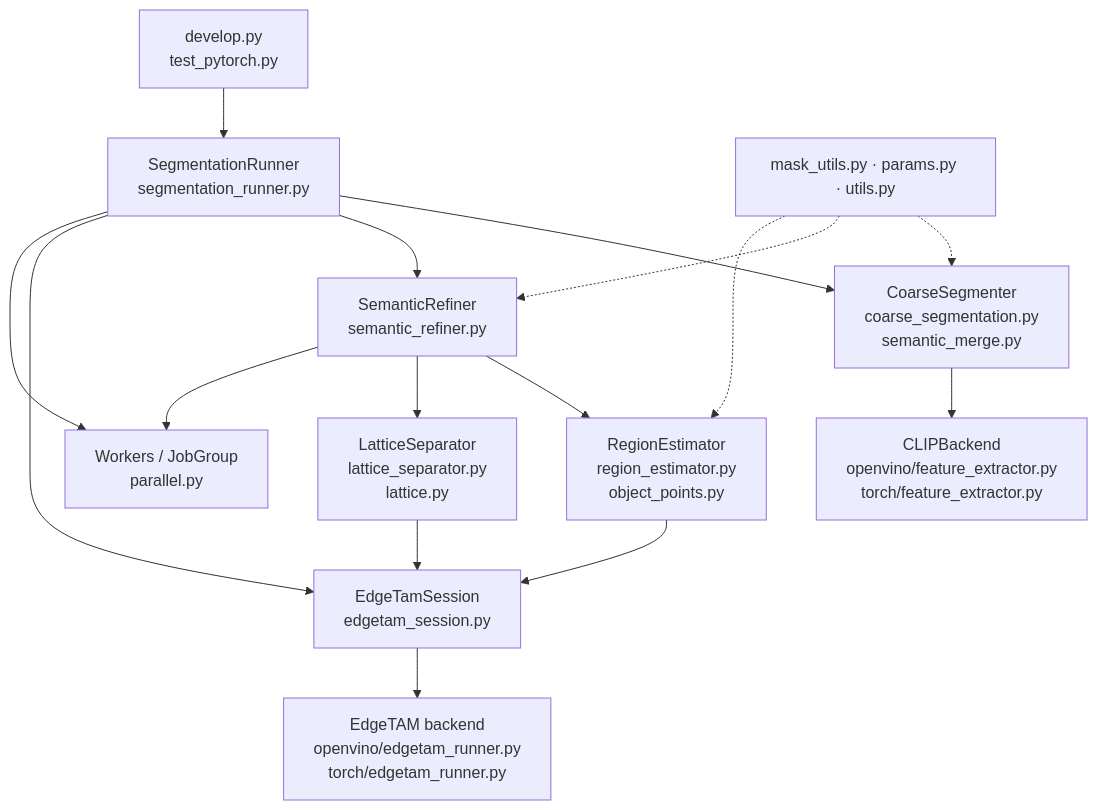
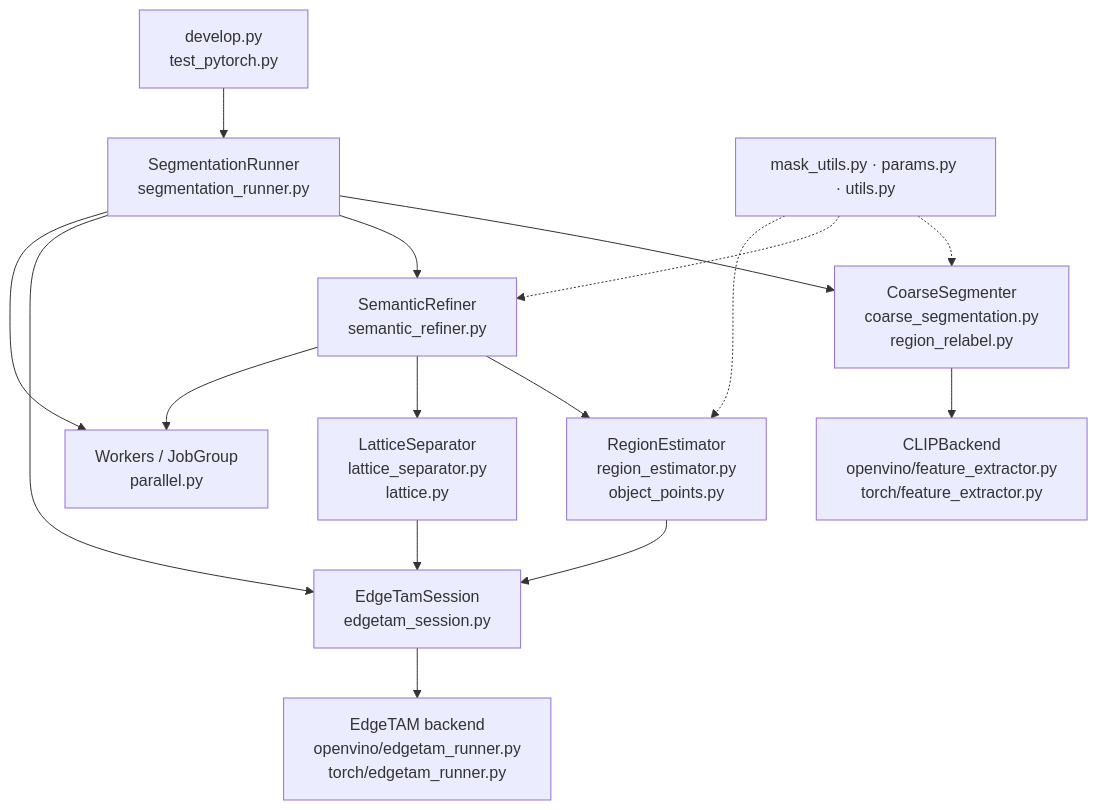
The second of 2 diagrams in docs/overview.md (fklg-64/pe_anything_detect), drawn with Mermaid before and after one commit. The commit also changed other lines of this file and 15 other files, not shown here.

````diff
--- a/docs/overview.md
+++ b/docs/overview.md
@@ -115,18 +115,18 @@
 ```mermaid
 flowchart TD
     DEV["develop.py<br/>test_pytorch.py"] --> RUN["SegmentationRunner<br/>segmentation_runner.py"]
-    RUN --> COARSE["CoarseSegmenter<br/>coarse_segmentation.py<br/>semantic_merge.py"]
+    RUN --> COARSE["CoarseSegmenter<br/>coarse_segmentation.py<br/>region_relabel.py"]
     RUN --> REF["SemanticRefiner<br/>semantic_refiner.py"]
     RUN --> SES["EdgeTamSession<br/>edgetam_session.py"]
     RUN --> PAR["Workers / JobGroup<br/>parallel.py"]
     REF --> EST["RegionEstimator<br/>region_estimator.py<br/>object_points.py"]
     REF --> LAT["LatticeSeparator<br/>lattice_separator.py<br/>lattice.py"]
     REF --> PAR
     EST --> SES
     LAT --> SES
     COARSE --> CLIP["CLIPBackend<br/>openvino/feature_extractor.py<br/>torch/feature_extractor.py"]
     SES --> ETB["EdgeTAM backend<br/>openvino/edgetam_runner.py<br/>torch/edgetam_runner.py"]
     HELP["mask_utils.py · params.py · utils.py"] -.-> COARSE
     HELP -.-> REF
     HELP -.-> EST
 ```
````
